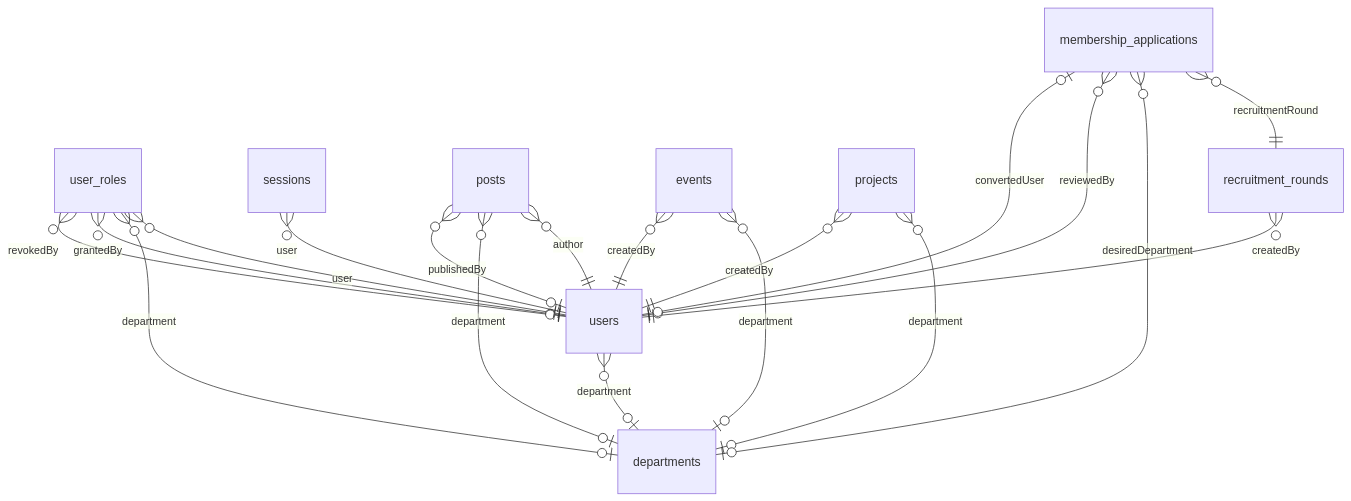
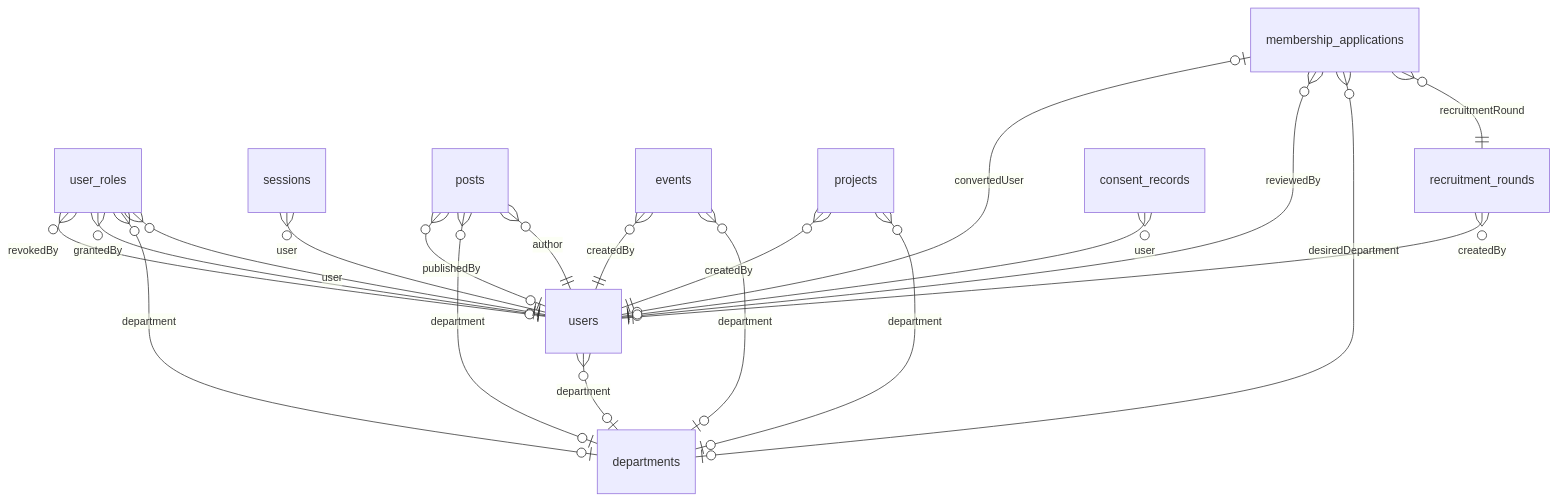
One commit to GrootTheDeveloper/apc-portal changed the first of 2 diagrams in apps/api/docs/erd-core-schema.md. Above: the diagram before and after it, drawn with Mermaid. The commit also changed other lines of this file and 6 other files, not shown here.

````diff
--- a/apps/api/docs/erd-core-schema.md
+++ b/apps/api/docs/erd-core-schema.md
@@ -11,21 +11,22 @@
 ```mermaid
 erDiagram
   users }o--|o departments : "department"
   user_roles }o--|| users : "user"
   user_roles }o--|o departments : "department"
   user_roles }o--|o users : "grantedBy"
   user_roles }o--|o users : "revokedBy"
   sessions }o--|| users : "user"
   posts }o--|| users : "author"
   posts }o--|o departments : "department"
   posts }o--|o users : "publishedBy"
   events }o--|o departments : "department"
   events }o--|| users : "createdBy"
   projects }o--|o departments : "department"
   projects }o--|| users : "createdBy"
   recruitment_rounds }o--|| users : "createdBy"
   membership_applications }o--|| recruitment_rounds : "recruitmentRound"
   membership_applications }o--|o departments : "desiredDepartment"
   membership_applications }o--|o users : "reviewedBy"
   membership_applications |o--|o users : "convertedUser"
+  consent_records }o--|o users : "user"
 ```
````
